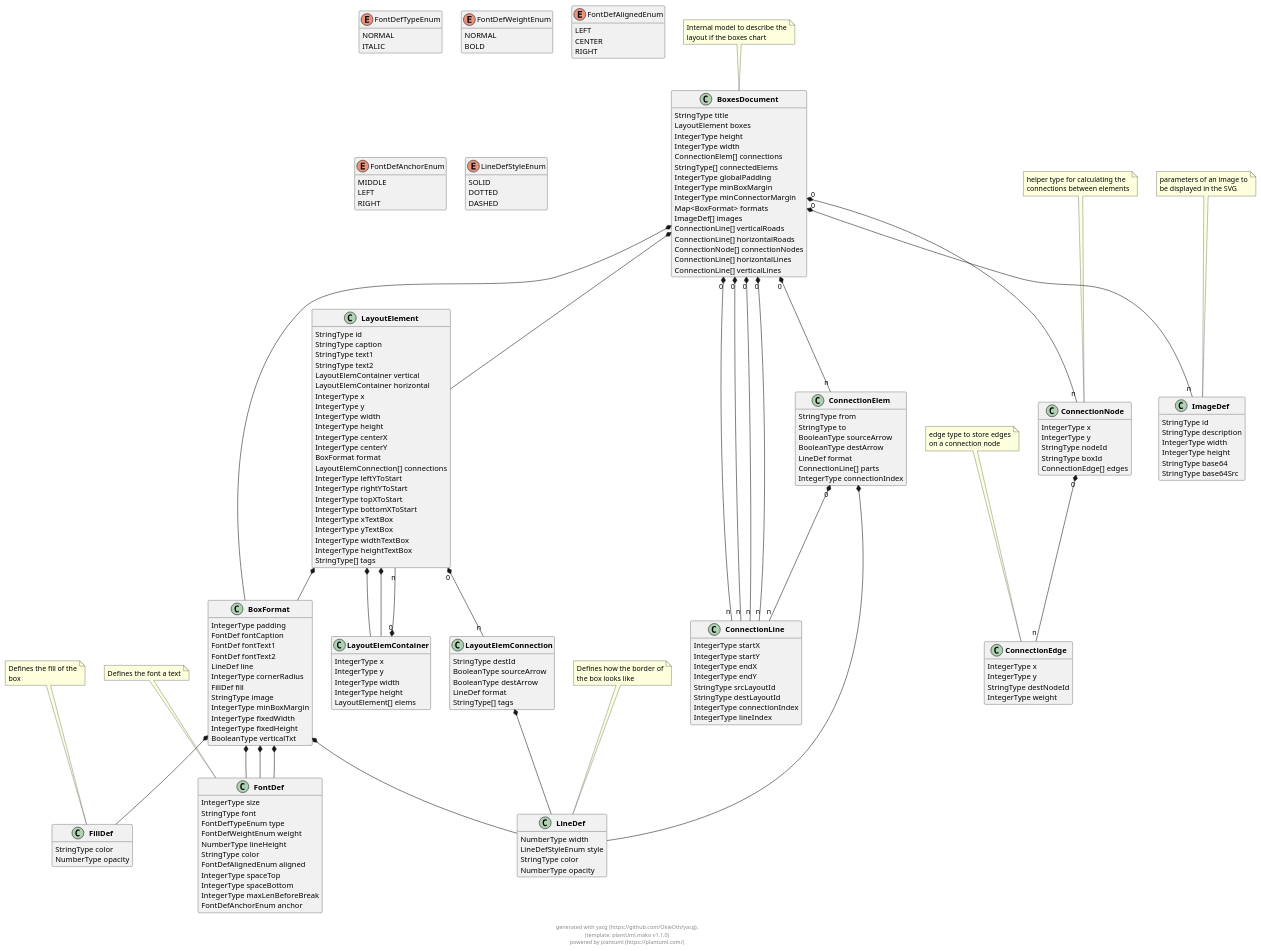
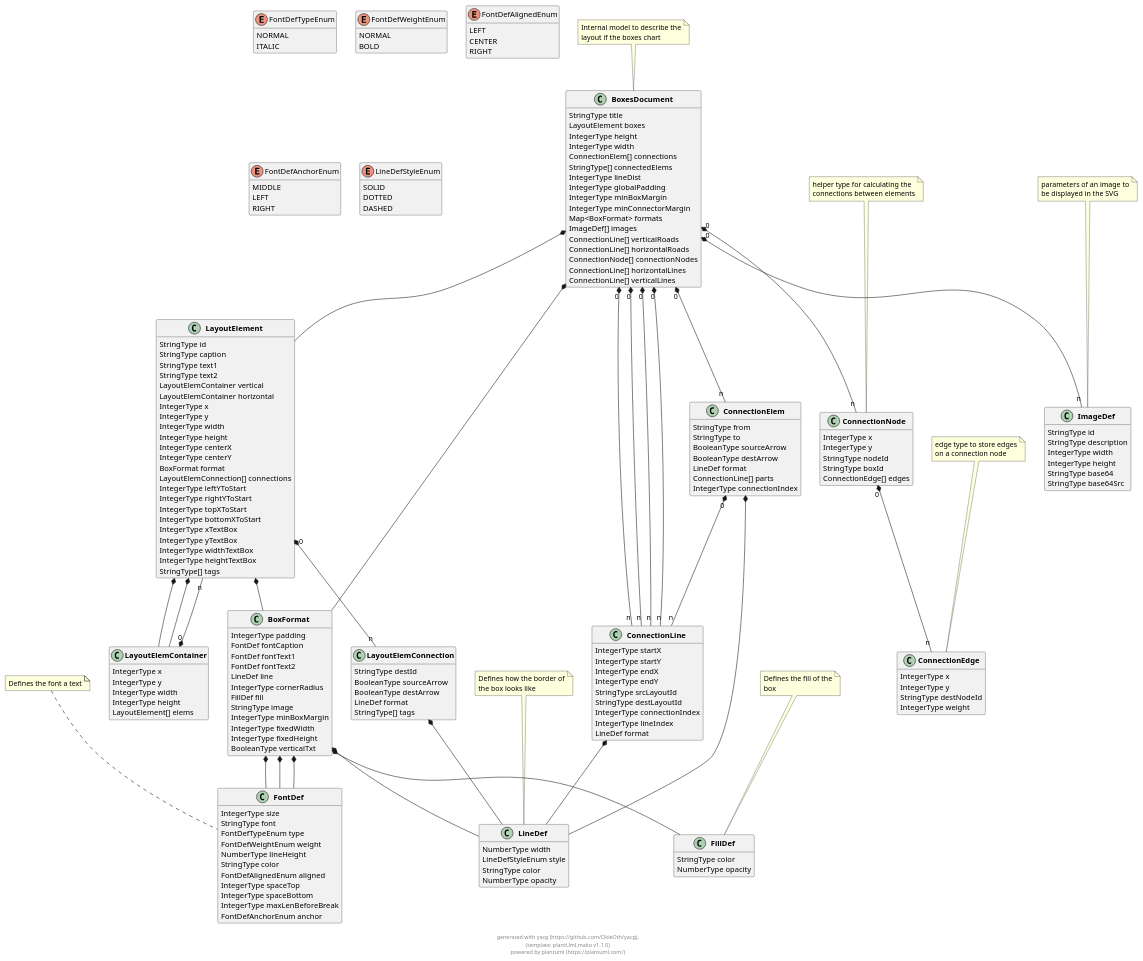
The diagram in docs/models/puml/boxes_document.puml (OkieOth/draw.chart.things), drawn with PlantUML before and after one commit. The commit also changed 18 other files, not shown here.

```diff
--- a/docs/models/puml/boxes_document.puml
+++ b/docs/models/puml/boxes_document.puml
@@ -11,6 +11,7 @@
         IntegerType width
         ConnectionElem[] connections
         StringType[] connectedElems
+        IntegerType lineDist
         IntegerType globalPadding
         IntegerType minBoxMargin
         IntegerType minConnectorMargin
@@ -93,6 +94,7 @@
         StringType destLayoutId
         IntegerType connectionIndex
         IntegerType lineIndex
+        LineDef format
 }
 
  
@@ -226,6 +228,7 @@
 
 
 
+
 BoxesDocument  *--  BoxFormat
 
 BoxesDocument "0" *-- "n" ImageDef
@@ -306,6 +309,8 @@
 
 
 
+ConnectionLine  *--  LineDef
+
     
 
 
```
